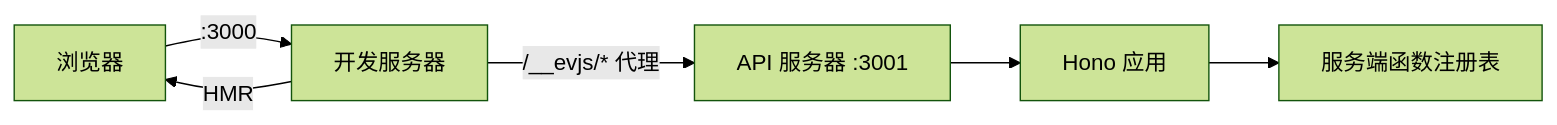
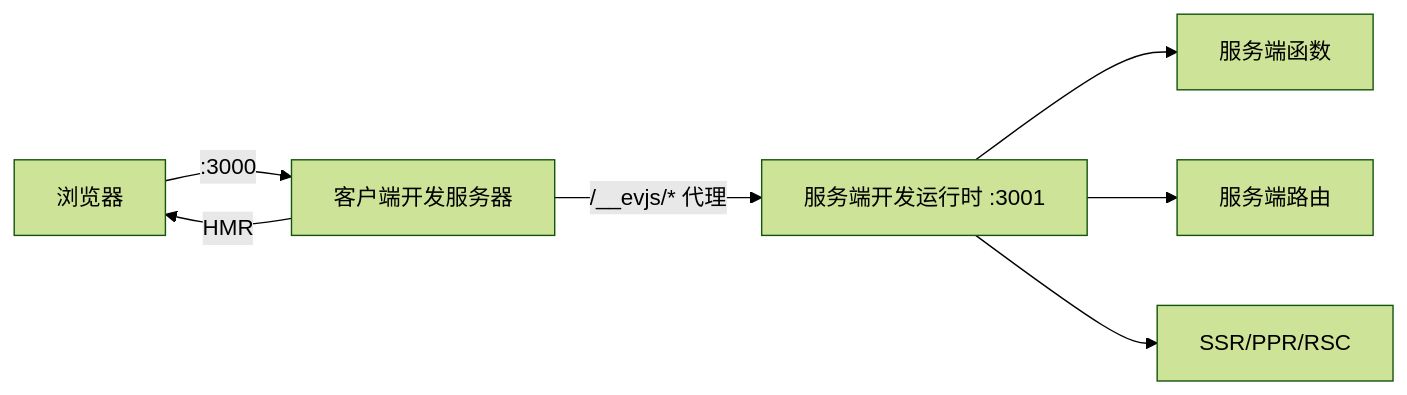
One commit to binhanchen25-arch/evjs changed the diagram in docs/i18n/zh-Hans/docusaurus-plugin-content-docs/current/dev.md. Above: the diagram before and after it, drawn with Mermaid (forest theme). The commit also changed other lines of this file and 35 other files, not shown here.

````diff
--- a/docs/i18n/zh-Hans/docusaurus-plugin-content-docs/current/dev.md
+++ b/docs/i18n/zh-Hans/docusaurus-plugin-content-docs/current/dev.md
@@ -26,8 +26,9 @@
 ```mermaid
 flowchart LR
-    Browser["浏览器"] -->|":3000"| DEV["开发服务器"]
-    DEV -->|"HMR"| Browser
-    DEV -->|"/__evjs/* 代理"| API["API 服务器 :3001"]
-    API --> Hono["Hono 应用"]
-    Hono --> Registry["服务端函数注册表"]
+    Browser["浏览器"] -->|":3000"| Client["客户端开发服务器"]
+    Client -->|"HMR"| Browser
+    Client -->|"/__evjs/* 代理"| Server["服务端开发运行时 :3001"]
+    Server --> Functions["服务端函数"]
+    Server --> Routes["服务端路由"]
+    Server --> Rendering["SSR/PPR/RSC"]
 ```
````
